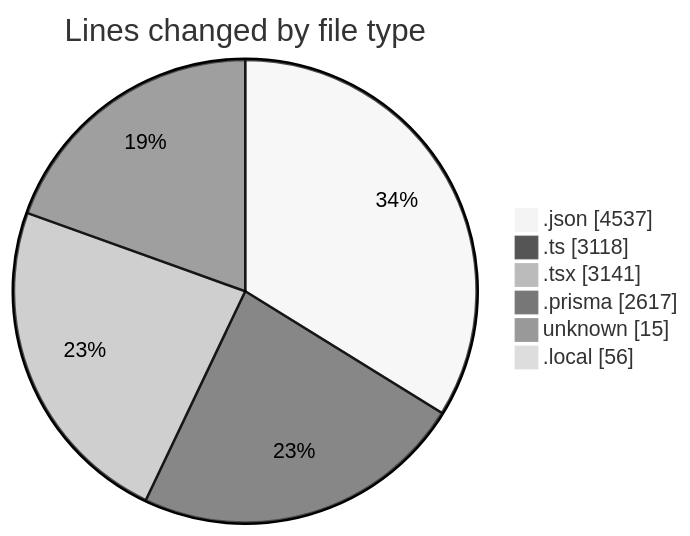
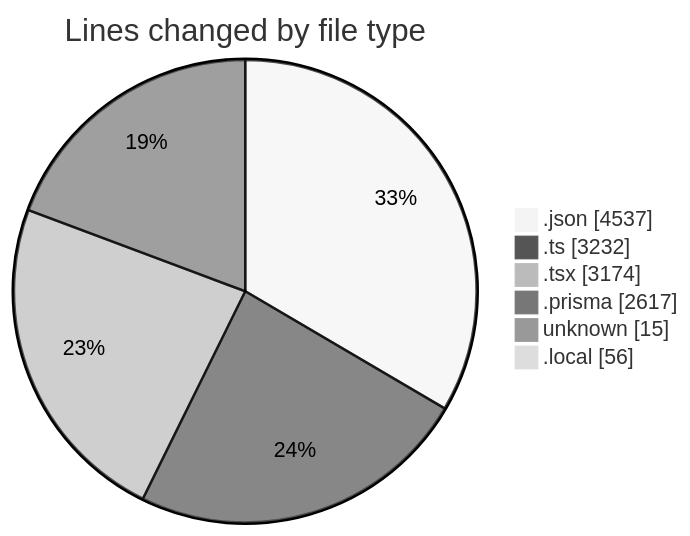
The first of 2 diagrams in 2025-05-15/ecodeli-1/README.md (CELIANVF/code-tracking), drawn with Mermaid (neutral theme) before and after one commit. The commit also changed other lines of this file and 1 other file, not shown here.

````diff
--- a/2025-05-15/ecodeli-1/README.md
+++ b/2025-05-15/ecodeli-1/README.md
@@ -43,10 +44,10 @@
 ```mermaid
 pie showData
 title Lines changed by file type
 ".json" : 4537
-".ts" : 3118
-".tsx" : 3141
+".ts" : 3232
+".tsx" : 3174
 ".prisma" : 2617
 "unknown" : 15
 ".local" : 56
 ```
````
